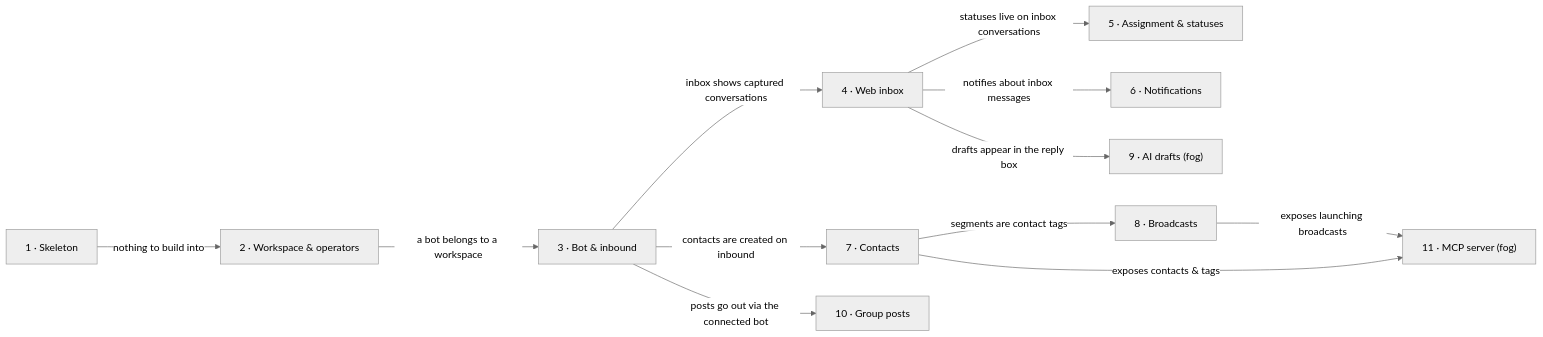
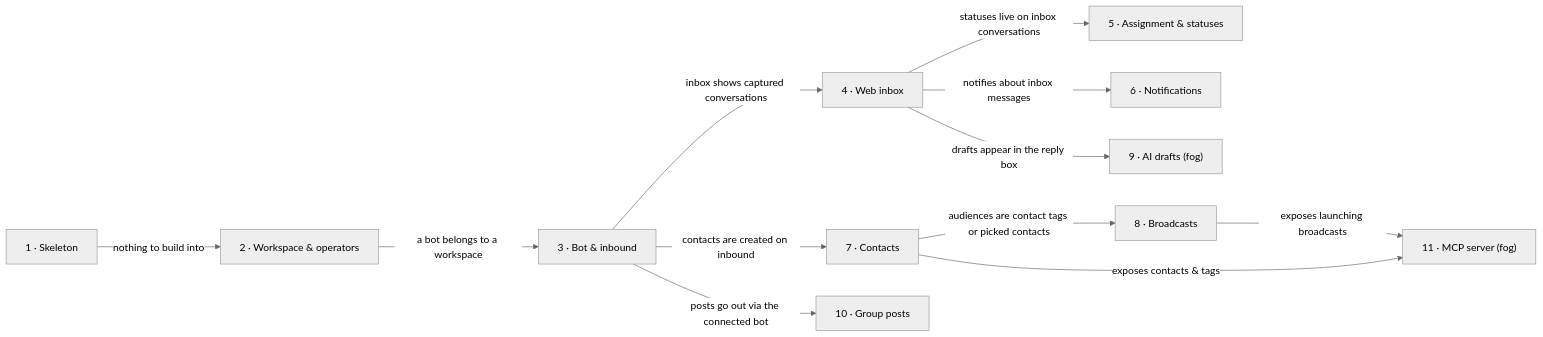
The diagram in docs/roadmap.md (GopkoDev/tg-inbox), drawn with Mermaid (neutral theme) before and after one commit. The commit also changed other lines of this file and 326 other files, not shown here.

First line of the commit message:
Broadcasts — tag audiences, hand-picked groups, owner launch and delivery report (roadmap step 8) (#8)

````diff
--- a/docs/roadmap.md
+++ b/docs/roadmap.md
@@ -71,14 +72,14 @@
 ```mermaid
 flowchart LR
   s1["1 · Skeleton"] -->|nothing to build into| s2["2 · Workspace & operators"]
   s2 -->|a bot belongs to a workspace| s3["3 · Bot & inbound"]
   s3 -->|inbox shows captured conversations| s4["4 · Web inbox"]
   s3 -->|contacts are created on inbound| s7["7 · Contacts"]
   s4 -->|statuses live on inbox conversations| s5["5 · Assignment & statuses"]
   s4 -->|notifies about inbox messages| s6["6 · Notifications"]
-  s7 -->|segments are contact tags| s8["8 · Broadcasts"]
+  s7 -->|audiences are contact tags or picked contacts| s8["8 · Broadcasts"]
   s4 -->|drafts appear in the reply box| s9["9 · AI drafts (fog)"]
   s3 -->|posts go out via the connected bot| s10["10 · Group posts"]
   s7 -->|exposes contacts & tags| s11["11 · MCP server (fog)"]
   s8 -->|exposes launching broadcasts| s11
 ```
````
